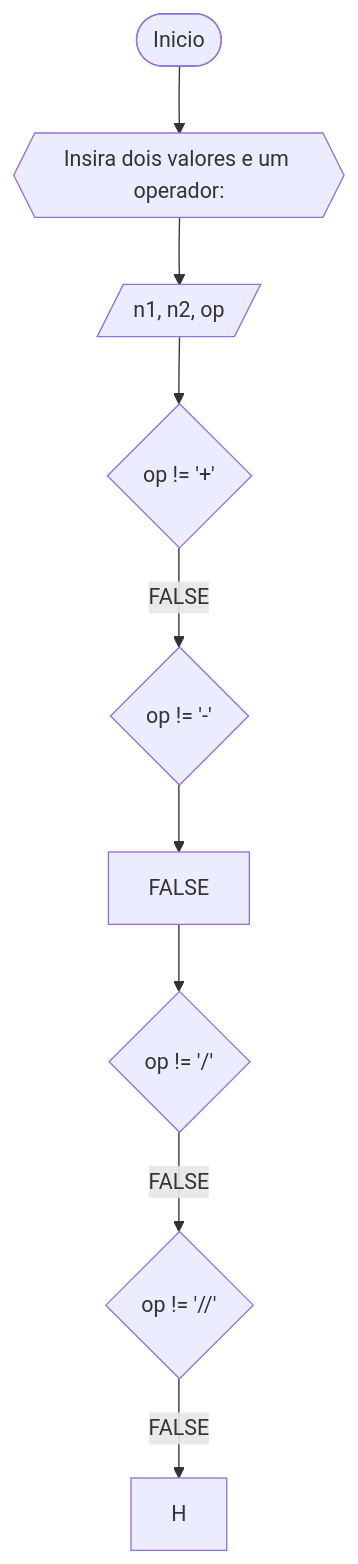
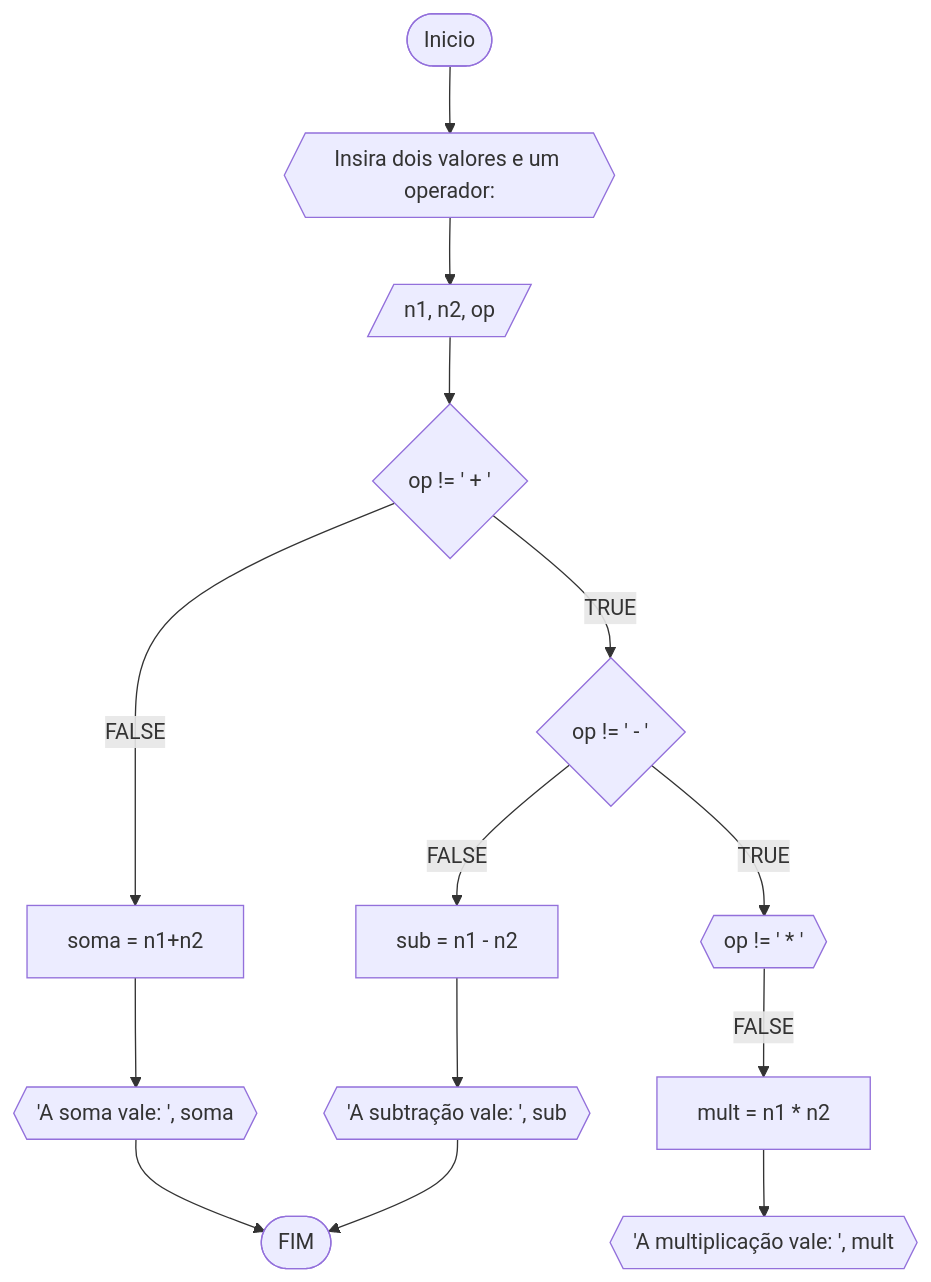
Before and after one commit to stuffxdd/Unifor: the diagram in RLA/lista2_exercicios.md, drawn with Mermaid. The commit also changed other lines of this file, not shown here.

````diff
--- a/RLA/lista2_exercicios.md
+++ b/RLA/lista2_exercicios.md
@@ -6,19 +6,37 @@
 ```mermaid
 flowchart TD
 A([Inicio]) --> B{{Insira dois valores e um operador: }}
 B --> C[/n1, n2, op/]
-C --> D{op != '+'}
-D --FALSE--> E{op != '-'}
-E --> FALSE--> F{op != '/'}
-F --FALSE--> G{op != '//'}
-G --FALSE--> H
 
+C --> D{op != ' + '}
+D -- FALSE--> E[soma = n1+n2]
+E --> F{{'A soma vale: ', soma}} --> ZZ
+
+D --TRUE--> G{op != ' - '}
+G --FALSE--> H[sub = n1 - n2]
+H --> I{{'A subtração vale: ', sub}} --> ZZ
+
+G --TRUE--> J{{op != ' * '}}
+J --FALSE--> K[mult = n1 * n2]
+K --> L{{'A multiplicação vale: ', mult}}
+
+
+
+
+
+
+
+
+
+
+
+ZZ([FIM])
 
 
 
 
 
 
  
 
 ```
````
